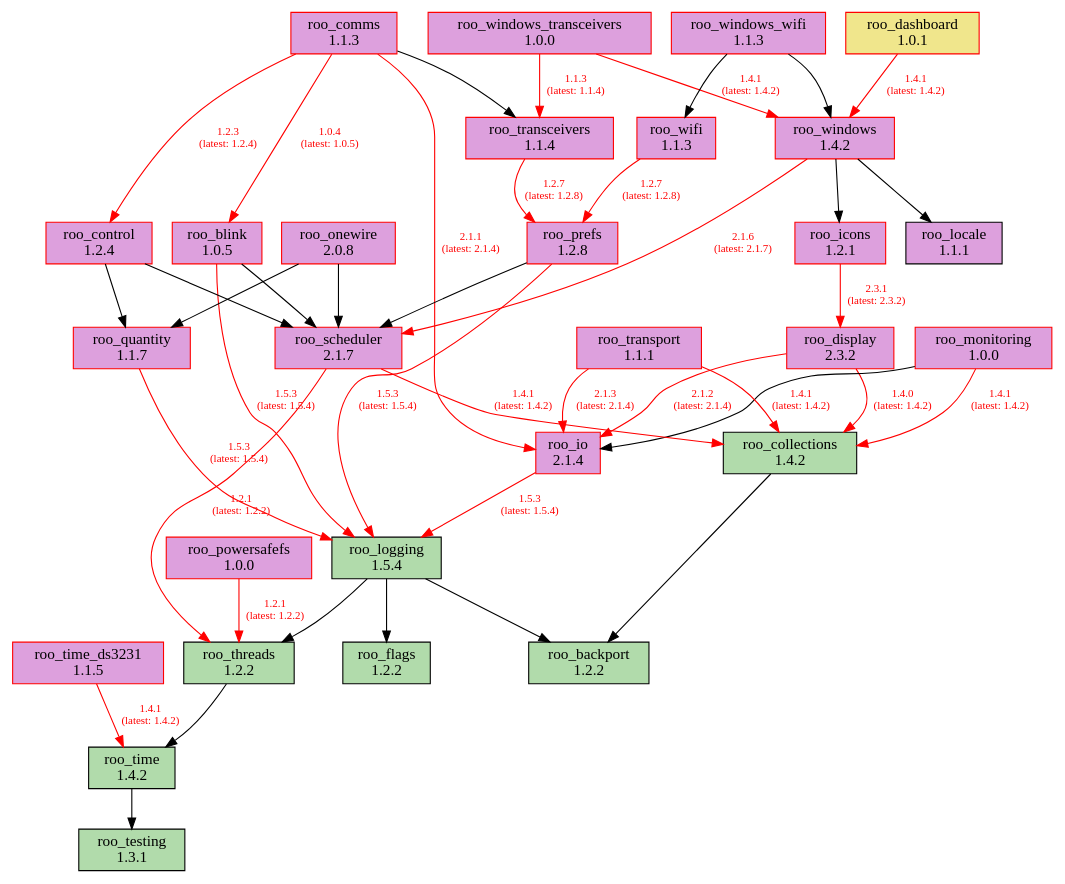
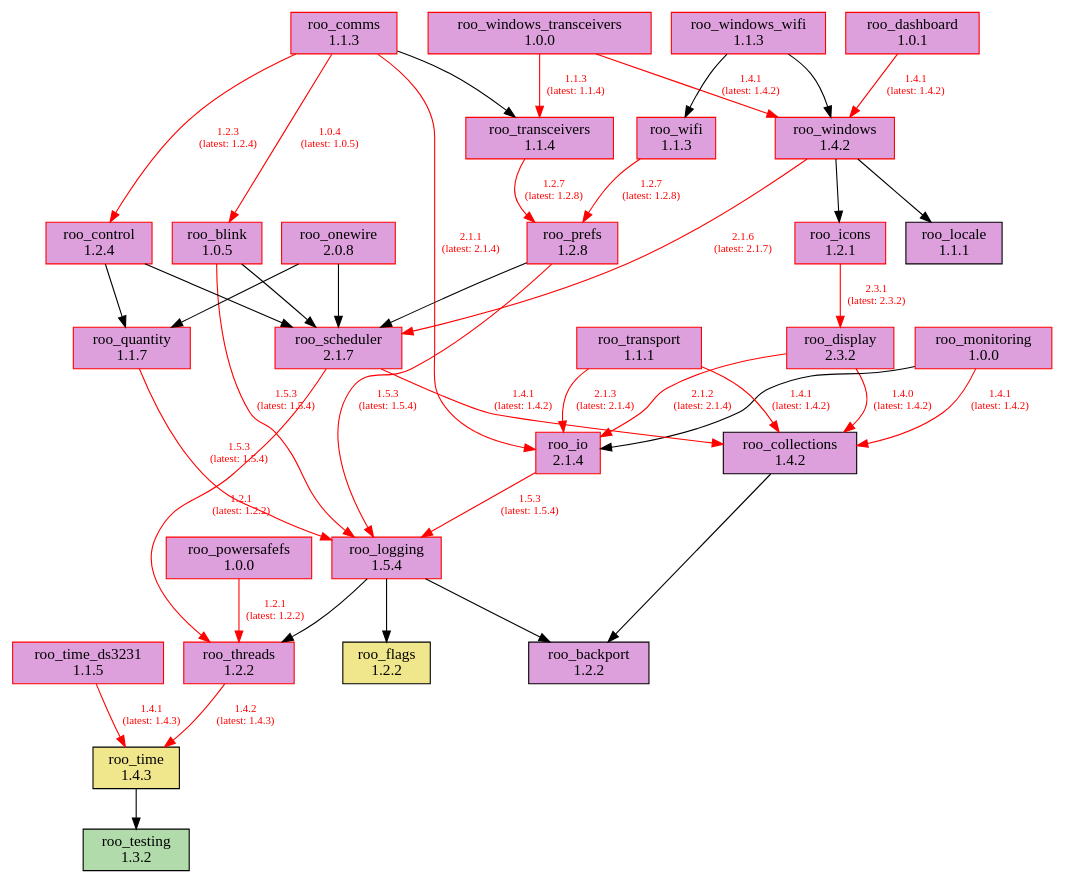
The diagram in doc/dependencies.dot (dejwk/roo-registry), drawn with Graphviz before and after one commit. The commit also changed 3 other files, not shown here.

Commit message:
Added roo_time 1.4.3 to the registry.

```diff
--- a/doc/dependencies.dot
+++ b/doc/dependencies.dot
@@ -1,78 +1,78 @@
 digraph dependencies {
     rankdir=TB;
     node [shape=box, style=filled];
     edge [fontsize=10];
 
     // Modules
-    "roo_backport" [label="roo_backport\n1.2.2", fillcolor="#b1dbab", color="black"];
+    "roo_backport" [label="roo_backport\n1.2.2", fillcolor="plum", color="black"];
     "roo_blink" [label="roo_blink\n1.0.5", fillcolor="plum", color="red"];
-    "roo_collections" [label="roo_collections\n1.4.2", fillcolor="#b1dbab", color="black"];
+    "roo_collections" [label="roo_collections\n1.4.2", fillcolor="plum", color="black"];
     "roo_comms" [label="roo_comms\n1.1.3", fillcolor="plum", color="red"];
     "roo_control" [label="roo_control\n1.2.4", fillcolor="plum", color="red"];
-    "roo_dashboard" [label="roo_dashboard\n1.0.1", fillcolor="khaki", color="red"];
+    "roo_dashboard" [label="roo_dashboard\n1.0.1", fillcolor="plum", color="red"];
     "roo_display" [label="roo_display\n2.3.2", fillcolor="plum", color="red"];
-    "roo_flags" [label="roo_flags\n1.2.2", fillcolor="#b1dbab", color="black"];
+    "roo_flags" [label="roo_flags\n1.2.2", fillcolor="khaki", color="black"];
     "roo_icons" [label="roo_icons\n1.2.1", fillcolor="plum", color="red"];
     "roo_io" [label="roo_io\n2.1.4", fillcolor="plum", color="red"];
     "roo_locale" [label="roo_locale\n1.1.1", fillcolor="plum", color="black"];
-    "roo_logging" [label="roo_logging\n1.5.4", fillcolor="#b1dbab", color="black"];
+    "roo_logging" [label="roo_logging\n1.5.4", fillcolor="plum", color="red"];
     "roo_monitoring" [label="roo_monitoring\n1.0.0", fillcolor="plum", color="red"];
     "roo_onewire" [label="roo_onewire\n2.0.8", fillcolor="plum", color="red"];
     "roo_powersafefs" [label="roo_powersafefs\n1.0.0", fillcolor="plum", color="red"];
     "roo_prefs" [label="roo_prefs\n1.2.8", fillcolor="plum", color="red"];
     "roo_quantity" [label="roo_quantity\n1.1.7", fillcolor="plum", color="red"];
     "roo_scheduler" [label="roo_scheduler\n2.1.7", fillcolor="plum", color="red"];
-    "roo_testing" [label="roo_testing\n1.3.1", fillcolor="#b1dbab", color="black"];
-    "roo_threads" [label="roo_threads\n1.2.2", fillcolor="#b1dbab", color="black"];
-    "roo_time" [label="roo_time\n1.4.2", fillcolor="#b1dbab", color="black"];
+    "roo_testing" [label="roo_testing\n1.3.2", fillcolor="#b1dbab", color="black"];
+    "roo_threads" [label="roo_threads\n1.2.2", fillcolor="plum", color="red"];
+    "roo_time" [label="roo_time\n1.4.3", fillcolor="khaki", color="black"];
     "roo_time_ds3231" [label="roo_time_ds3231\n1.1.5", fillcolor="plum", color="red"];
     "roo_transceivers" [label="roo_transceivers\n1.1.4", fillcolor="plum", color="red"];
     "roo_transport" [label="roo_transport\n1.1.1", fillcolor="plum", color="red"];
     "roo_wifi" [label="roo_wifi\n1.1.3", fillcolor="plum", color="red"];
     "roo_windows" [label="roo_windows\n1.4.2", fillcolor="plum", color="red"];
     "roo_windows_transceivers" [label="roo_windows_transceivers\n1.0.0", fillcolor="plum", color="red"];
     "roo_windows_wifi" [label="roo_windows_wifi\n1.1.3", fillcolor="plum", color="red"];
 
     // Dependencies
     "roo_blink" -> "roo_logging" [color=red, fontcolor=red, label="1.5.3\n(latest: 1.5.4)"];
     "roo_blink" -> "roo_scheduler";
     "roo_collections" -> "roo_backport";
     "roo_comms" -> "roo_blink" [color=red, fontcolor=red, label="1.0.4\n(latest: 1.0.5)"];
     "roo_comms" -> "roo_control" [color=red, fontcolor=red, label="1.2.3\n(latest: 1.2.4)"];
     "roo_comms" -> "roo_io" [color=red, fontcolor=red, label="2.1.1\n(latest: 2.1.4)"];
     "roo_comms" -> "roo_transceivers";
     "roo_control" -> "roo_quantity";
     "roo_control" -> "roo_scheduler";
     "roo_dashboard" -> "roo_windows" [color=red, fontcolor=red, label="1.4.1\n(latest: 1.4.2)"];
     "roo_display" -> "roo_collections" [color=red, fontcolor=red, label="1.4.0\n(latest: 1.4.2)"];
     "roo_display" -> "roo_io" [color=red, fontcolor=red, label="2.1.2\n(latest: 2.1.4)"];
     "roo_icons" -> "roo_display" [color=red, fontcolor=red, label="2.3.1\n(latest: 2.3.2)"];
     "roo_io" -> "roo_logging" [color=red, fontcolor=red, label="1.5.3\n(latest: 1.5.4)"];
     "roo_logging" -> "roo_backport";
     "roo_logging" -> "roo_flags";
     "roo_logging" -> "roo_threads";
     "roo_monitoring" -> "roo_collections" [color=red, fontcolor=red, label="1.4.1\n(latest: 1.4.2)"];
     "roo_monitoring" -> "roo_io";
     "roo_onewire" -> "roo_scheduler";
     "roo_onewire" -> "roo_quantity";
     "roo_powersafefs" -> "roo_threads" [color=red, fontcolor=red, label="1.2.1\n(latest: 1.2.2)"];
     "roo_prefs" -> "roo_logging" [color=red, fontcolor=red, label="1.5.3\n(latest: 1.5.4)"];
     "roo_prefs" -> "roo_scheduler";
     "roo_quantity" -> "roo_logging" [color=red, fontcolor=red, label="1.5.3\n(latest: 1.5.4)"];
     "roo_scheduler" -> "roo_collections" [color=red, fontcolor=red, label="1.4.1\n(latest: 1.4.2)"];
     "roo_scheduler" -> "roo_threads" [color=red, fontcolor=red, label="1.2.1\n(latest: 1.2.2)"];
-    "roo_threads" -> "roo_time";
+    "roo_threads" -> "roo_time" [color=red, fontcolor=red, label="1.4.2\n(latest: 1.4.3)"];
     "roo_time" -> "roo_testing";
-    "roo_time_ds3231" -> "roo_time" [color=red, fontcolor=red, label="1.4.1\n(latest: 1.4.2)"];
+    "roo_time_ds3231" -> "roo_time" [color=red, fontcolor=red, label="1.4.1\n(latest: 1.4.3)"];
     "roo_transceivers" -> "roo_prefs" [color=red, fontcolor=red, label="1.2.7\n(latest: 1.2.8)"];
     "roo_transport" -> "roo_collections" [color=red, fontcolor=red, label="1.4.1\n(latest: 1.4.2)"];
     "roo_transport" -> "roo_io" [color=red, fontcolor=red, label="2.1.3\n(latest: 2.1.4)"];
     "roo_wifi" -> "roo_prefs" [color=red, fontcolor=red, label="1.2.7\n(latest: 1.2.8)"];
     "roo_windows" -> "roo_locale";
     "roo_windows" -> "roo_icons";
     "roo_windows" -> "roo_scheduler" [color=red, fontcolor=red, label="2.1.6\n(latest: 2.1.7)"];
     "roo_windows_transceivers" -> "roo_transceivers" [color=red, fontcolor=red, label="1.1.3\n(latest: 1.1.4)"];
     "roo_windows_transceivers" -> "roo_windows" [color=red, fontcolor=red, label="1.4.1\n(latest: 1.4.2)"];
     "roo_windows_wifi" -> "roo_wifi";
     "roo_windows_wifi" -> "roo_windows";
 }
```
